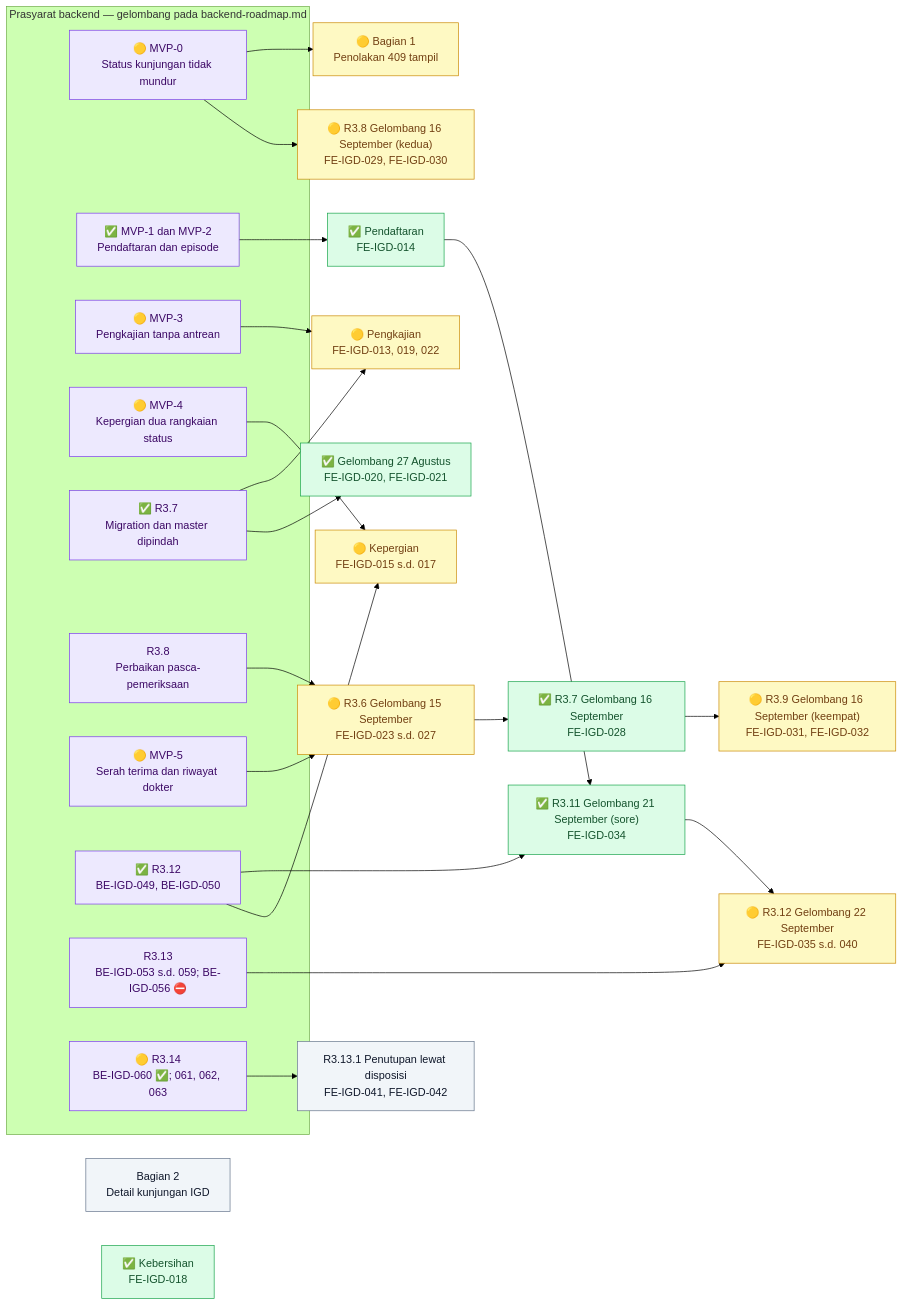
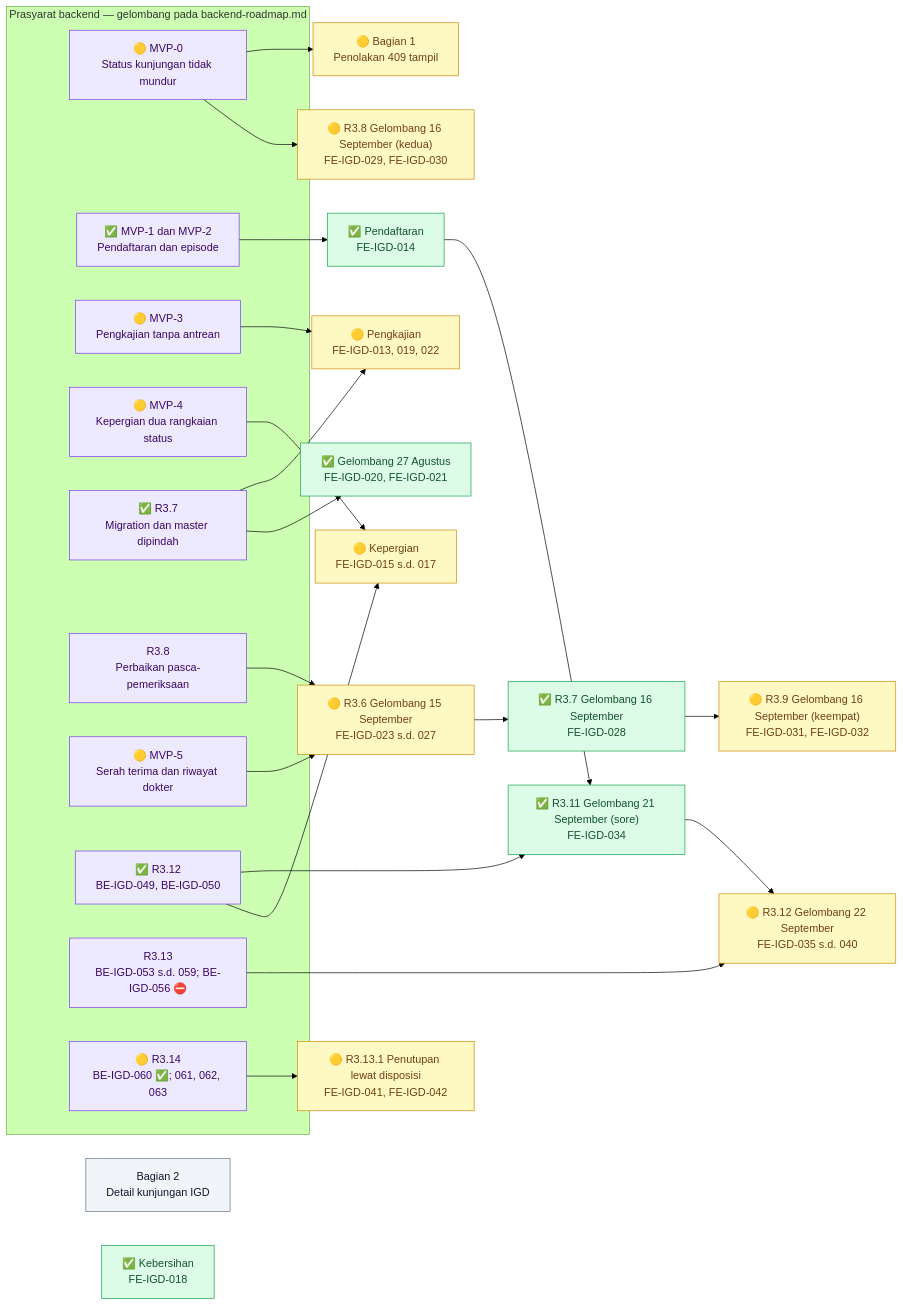
One commit to DevBenari/NewQuilvianSystemBackend changed the first of 12 diagrams in docs/module-blueprints/igd/roadmap/frontend-roadmap.md. Above: the diagram before and after it, drawn with Mermaid (forest theme). The commit also changed other lines of this file and 39 other files, not shown here.

````diff
--- a/docs/module-blueprints/igd/roadmap/frontend-roadmap.md
+++ b/docs/module-blueprints/igd/roadmap/frontend-roadmap.md
@@ -75,54 +75,54 @@
 ```mermaid
 flowchart LR
     classDef selesai fill:#DCFCE7,stroke:#16A34A,color:#14532D
     classDef sebagian fill:#FEF9C3,stroke:#CA8A04,color:#713F12
     classDef terblokir fill:#FEE2E2,stroke:#DC2626,color:#7F1D1D
     classDef belum fill:#F1F5F9,stroke:#64748B,color:#0F172A
     classDef luar fill:#EDE9FE,stroke:#7C3AED,color:#3B0764
 
     subgraph backend["Prasyarat backend — gelombang pada backend-roadmap.md"]
         BMVP0["🟡 MVP-0<br/>Status kunjungan tidak mundur"]:::luar
         BMVP12["✅ MVP-1 dan MVP-2<br/>Pendaftaran dan episode"]:::luar
         BMVP3["🟡 MVP-3<br/>Pengkajian tanpa antrean"]:::luar
         BMVP4["🟡 MVP-4<br/>Kepergian dua rangkaian status"]:::luar
         BR37["✅ R3.7<br/>Migration dan master dipindah"]:::luar
         BR38["R3.8<br/>Perbaikan pasca-pemeriksaan"]:::luar
         BMVP5["🟡 MVP-5<br/>Serah terima dan riwayat dokter"]:::luar
         BR312["✅ R3.12<br/>BE-IGD-049, BE-IGD-050"]:::luar
         BR313["R3.13<br/>BE-IGD-053 s.d. 059; BE-IGD-056 ⛔"]:::luar
         BR314["🟡 R3.14<br/>BE-IGD-060 ✅; 061, 062, 063"]:::luar
     end
 
     FMVP0["🟡 Bagian 1<br/>Penolakan 409 tampil"]:::sebagian
     FWARIS["Bagian 2<br/>Detail kunjungan IGD"]:::belum
     FDAFTAR["✅ Pendaftaran<br/>FE-IGD-014"]:::selesai
     FKAJI["🟡 Pengkajian<br/>FE-IGD-013, 019, 022"]:::sebagian
     FPERGI["🟡 Kepergian<br/>FE-IGD-015 s.d. 017"]:::sebagian
     FMASTER["✅ Gelombang 27 Agustus<br/>FE-IGD-020, FE-IGD-021"]:::selesai
     FBERSIH["✅ Kebersihan<br/>FE-IGD-018"]:::selesai
     FPASCA["🟡 R3.6 Gelombang 15 September<br/>FE-IGD-023 s.d. 027"]:::sebagian
     FPASCA2["✅ R3.7 Gelombang 16 September<br/>FE-IGD-028"]:::selesai
     FARRIVED["🟡 R3.8 Gelombang 16 September (kedua)<br/>FE-IGD-029, FE-IGD-030"]:::sebagian
     FTATA["🟡 R3.9 Gelombang 16 September (keempat)<br/>FE-IGD-031, FE-IGD-032"]:::sebagian
     FPRA["✅ R3.11 Gelombang 21 September (sore)<br/>FE-IGD-034"]:::selesai
     FENC["🟡 R3.12 Gelombang 22 September<br/>FE-IGD-035 s.d. 040"]:::sebagian
-    FCLOSE["R3.13.1 Penutupan lewat disposisi<br/>FE-IGD-041, FE-IGD-042"]:::belum
+    FCLOSE["🟡 R3.13.1 Penutupan lewat disposisi<br/>FE-IGD-041, FE-IGD-042"]:::sebagian
 
     BMVP0 --> FMVP0
     BMVP0 --> FARRIVED
     BMVP12 --> FDAFTAR
     BMVP3 --> FKAJI
     BR37 --> FKAJI
     BMVP4 --> FPERGI
     BR37 --> FMASTER
     BR38 --> FPASCA
     BMVP5 --> FPASCA
     FPASCA --> FPASCA2
     FPASCA2 --> FTATA
     BR312 --> FPRA
     BR312 --> FPERGI
     FDAFTAR --> FPRA
     BR313 --> FENC
     FPRA --> FENC
     BR314 --> FCLOSE
 ```
````
